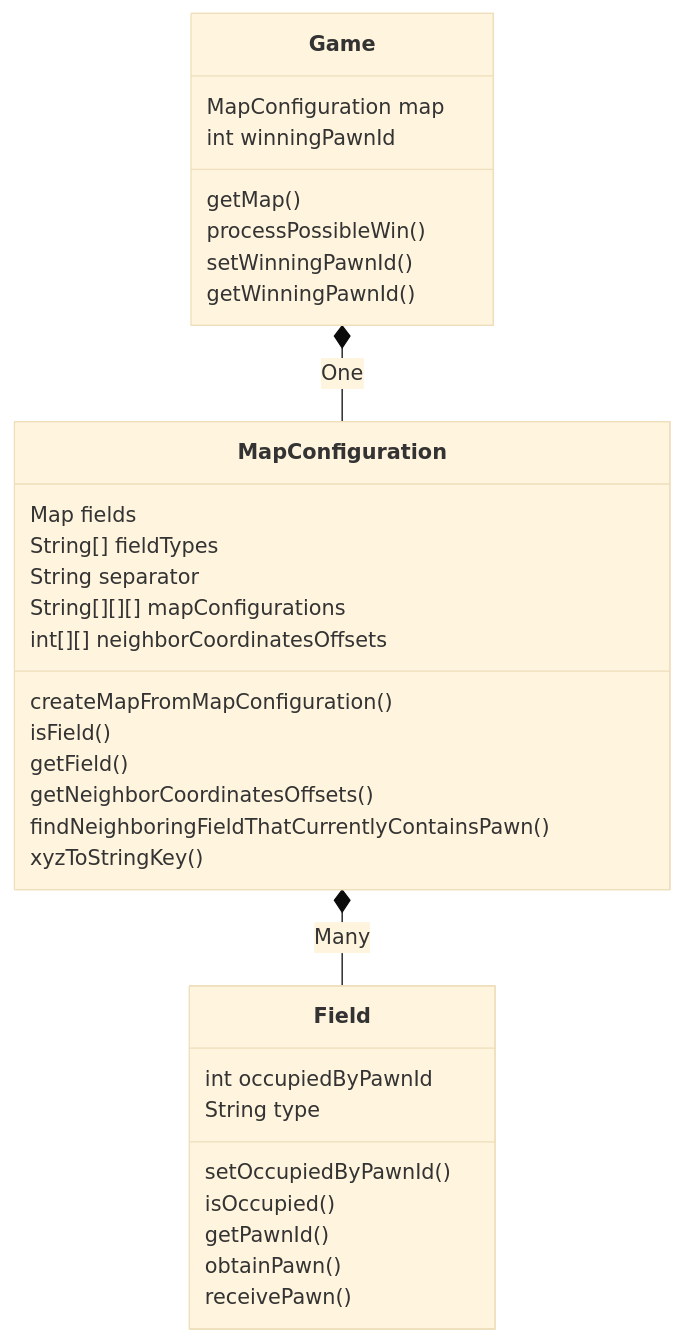
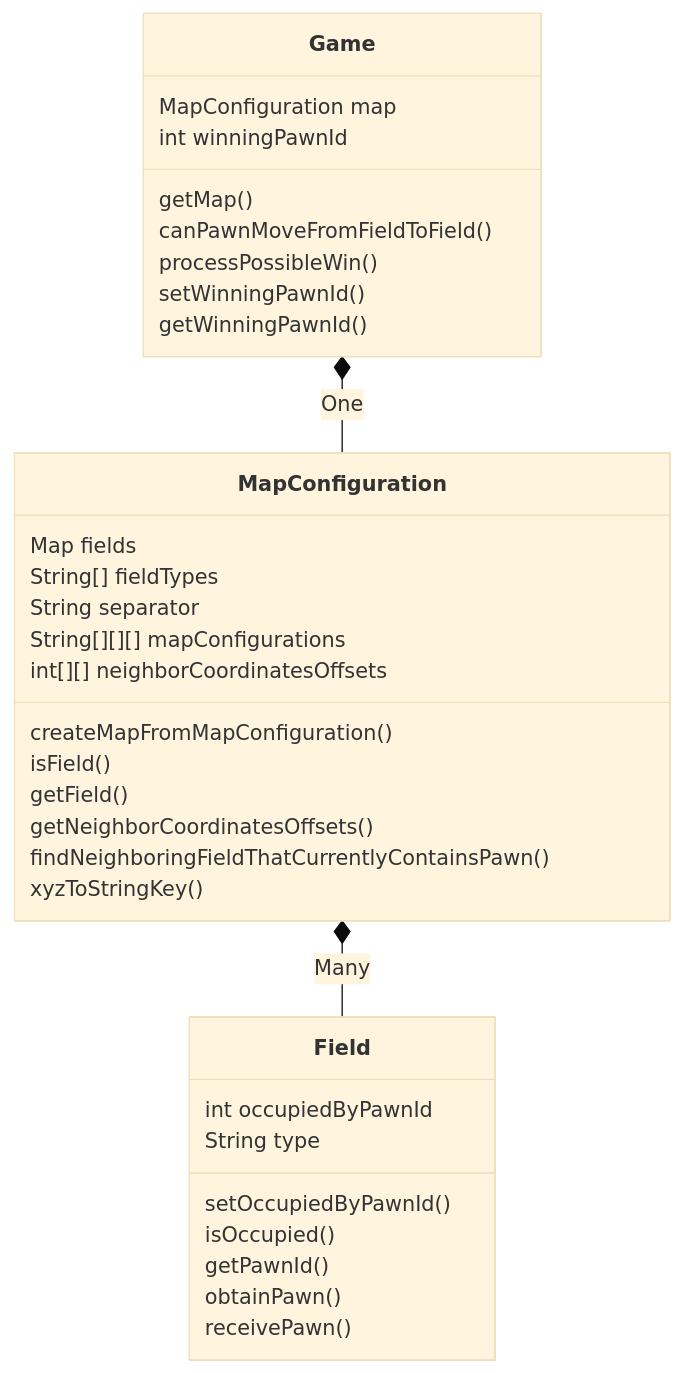
One commit to stijnlinderman/eldorado changed the ninth of 9 diagrams in ARCHITECTURE.md. Above: the diagram before and after it, drawn with Mermaid (base theme).

````diff
--- a/ARCHITECTURE.md
+++ b/ARCHITECTURE.md
@@ -183,29 +183,30 @@
 ```mermaid
 classDiagram
 	Game *-- MapConfiguration : One
 	Game : MapConfiguration map
 	Game : int winningPawnId
 	Game : getMap()
+	Game : canPawnMoveFromFieldToField()
 	Game : processPossibleWin()
 	Game : setWinningPawnId()
 	Game : getWinningPawnId()
 	MapConfiguration *-- Field : Many
 	MapConfiguration : Map<String,Field> fields
 	MapConfiguration : String[] fieldTypes
 	MapConfiguration : String separator
 	MapConfiguration : String[][][] mapConfigurations
 	MapConfiguration : int[][] neighborCoordinatesOffsets
 	MapConfiguration : createMapFromMapConfiguration()
 	MapConfiguration : isField()
 	MapConfiguration : getField()
 	MapConfiguration : getNeighborCoordinatesOffsets()
 	MapConfiguration : findNeighboringFieldThatCurrentlyContainsPawn()
 	MapConfiguration : xyzToStringKey()
 	Field : int occupiedByPawnId
 	Field : String type
 	Field : setOccupiedByPawnId()
 	Field : isOccupied()
 	Field : getPawnId()
 	Field : obtainPawn()
 	Field : receivePawn()
 ```
````
